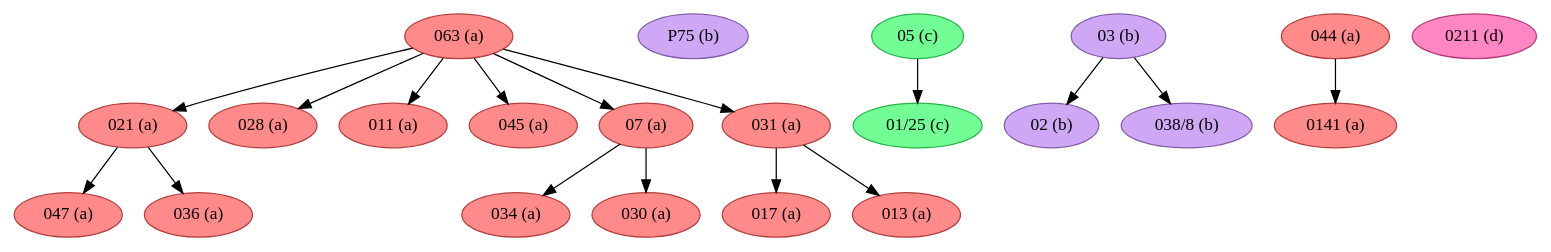
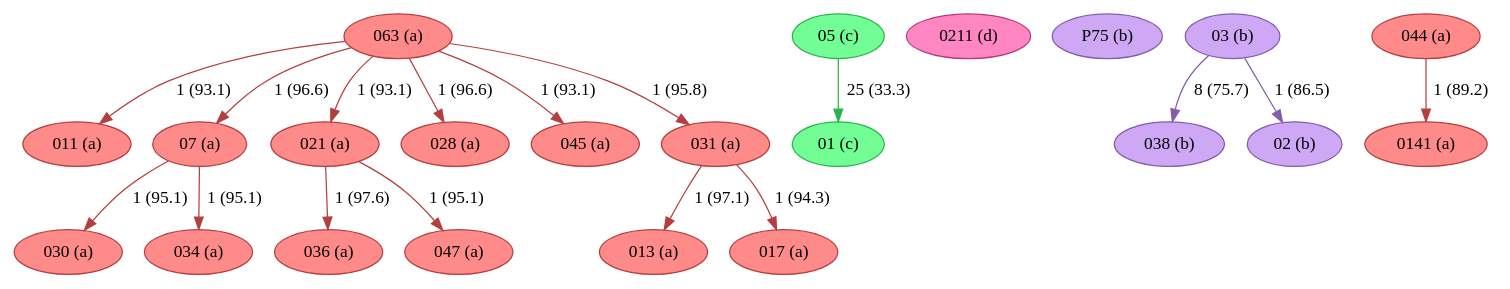
Before and after one commit to edmondac/CBGM: the diagram in example/c499/textual_flow_22_20_c499.dot, drawn with Graphviz. The commit also changed 163 other files, not shown here.

Commit message:
Updated diagrams with new code

```diff
--- a/example/c499/textual_flow_22_20_c499.dot
+++ b/example/c499/textual_flow_22_20_c499.dot
@@ -1,40 +1,40 @@
 strict digraph G {
+"013 (a)" [fillcolor="#FF8A8A", color="#b43f3f", style=filled];
+"011 (a)" [fillcolor="#FF8A8A", color="#b43f3f", style=filled];
+"017 (a)" [fillcolor="#FF8A8A", color="#b43f3f", style=filled];
+"07 (a)" [fillcolor="#FF8A8A", color="#b43f3f", style=filled];
+"030 (a)" [fillcolor="#FF8A8A", color="#b43f3f", style=filled];
+"05 (c)" [fillcolor="#72FE95", color="#27b34a", style=filled];
+"021 (a)" [fillcolor="#FF8A8A", color="#b43f3f", style=filled];
+"028 (a)" [fillcolor="#FF8A8A", color="#b43f3f", style=filled];
+"0211 (d)" [fillcolor="#FF86C2", color="#b43b77", style=filled];
+"036 (a)" [fillcolor="#FF8A8A", color="#b43f3f", style=filled];
+"P75 (b)" [fillcolor="#CEA8F4", color="#835da9", style=filled];
+"045 (a)" [fillcolor="#FF8A8A", color="#b43f3f", style=filled];
+"038 (b)" [fillcolor="#CEA8F4", color="#835da9", style=filled];
+"03 (b)" [fillcolor="#CEA8F4", color="#835da9", style=filled];
+"034 (a)" [fillcolor="#FF8A8A", color="#b43f3f", style=filled];
+"0141 (a)" [fillcolor="#FF8A8A", color="#b43f3f", style=filled];
+"047 (a)" [fillcolor="#FF8A8A", color="#b43f3f", style=filled];
+"02 (b)" [fillcolor="#CEA8F4", color="#835da9", style=filled];
+"044 (a)" [fillcolor="#FF8A8A", color="#b43f3f", style=filled];
+"01 (c)" [fillcolor="#72FE95", color="#27b34a", style=filled];
 "063 (a)" [fillcolor="#FF8A8A", color="#b43f3f", style=filled];
-"021 (a)" [fillcolor="#FF8A8A", color="#b43f3f", style=filled];
-"P75 (b)" [fillcolor="#CEA8F4", color="#835da9", style=filled];
-"028 (a)" [fillcolor="#FF8A8A", color="#b43f3f", style=filled];
-"047 (a)" [fillcolor="#FF8A8A", color="#b43f3f", style=filled];
-"05 (c)" [fillcolor="#72FE95", color="#27b34a", style=filled];
-"034 (a)" [fillcolor="#FF8A8A", color="#b43f3f", style=filled];
-"036 (a)" [fillcolor="#FF8A8A", color="#b43f3f", style=filled];
-"017 (a)" [fillcolor="#FF8A8A", color="#b43f3f", style=filled];
-"011 (a)" [fillcolor="#FF8A8A", color="#b43f3f", style=filled];
-"045 (a)" [fillcolor="#FF8A8A", color="#b43f3f", style=filled];
-"02 (b)" [fillcolor="#CEA8F4", color="#835da9", style=filled];
-"07 (a)" [fillcolor="#FF8A8A", color="#b43f3f", style=filled];
-"013 (a)" [fillcolor="#FF8A8A", color="#b43f3f", style=filled];
-"030 (a)" [fillcolor="#FF8A8A", color="#b43f3f", style=filled];
-"038/8 (b)" [fillcolor="#CEA8F4", color="#835da9", style=filled];
-"044 (a)" [fillcolor="#FF8A8A", color="#b43f3f", style=filled];
-"0141 (a)" [fillcolor="#FF8A8A", color="#b43f3f", style=filled];
 "031 (a)" [fillcolor="#FF8A8A", color="#b43f3f", style=filled];
-"01/25 (c)" [fillcolor="#72FE95", color="#27b34a", style=filled];
-"0211 (d)" [fillcolor="#FF86C2", color="#b43b77", style=filled];
-"03 (b)" [fillcolor="#CEA8F4", color="#835da9", style=filled];
-"063 (a)" -> "028 (a)";
-"063 (a)" -> "031 (a)";
-"063 (a)" -> "07 (a)";
-"063 (a)" -> "021 (a)";
-"063 (a)" -> "011 (a)";
-"063 (a)" -> "045 (a)";
-"021 (a)" -> "036 (a)";
-"021 (a)" -> "047 (a)";
-"05 (c)" -> "01/25 (c)";
-"07 (a)" -> "030 (a)";
-"07 (a)" -> "034 (a)";
-"044 (a)" -> "0141 (a)";
-"031 (a)" -> "017 (a)";
-"031 (a)" -> "013 (a)";
-"03 (b)" -> "038/8 (b)";
-"03 (b)" -> "02 (b)";
+"07 (a)" -> "030 (a)"  [color="#b43f3f", label="1 (95.1)"];
+"07 (a)" -> "034 (a)"  [color="#b43f3f", label="1 (95.1)"];
+"05 (c)" -> "01 (c)"  [color="#27b34a", label="25 (33.3)"];
+"021 (a)" -> "036 (a)"  [color="#b43f3f", label="1 (97.6)"];
+"021 (a)" -> "047 (a)"  [color="#b43f3f", label="1 (95.1)"];
+"03 (b)" -> "038 (b)"  [color="#835da9", label="8 (75.7)"];
+"03 (b)" -> "02 (b)"  [color="#835da9", label="1 (86.5)"];
+"044 (a)" -> "0141 (a)"  [color="#b43f3f", label="1 (89.2)"];
+"063 (a)" -> "045 (a)"  [color="#b43f3f", label="1 (93.1)"];
+"063 (a)" -> "028 (a)"  [color="#b43f3f", label="1 (96.6)"];
+"063 (a)" -> "011 (a)"  [color="#b43f3f", label="1 (93.1)"];
+"063 (a)" -> "07 (a)"  [color="#b43f3f", label="1 (96.6)"];
+"063 (a)" -> "021 (a)"  [color="#b43f3f", label="1 (93.1)"];
+"063 (a)" -> "031 (a)"  [color="#b43f3f", label="1 (95.8)"];
+"031 (a)" -> "013 (a)"  [color="#b43f3f", label="1 (97.1)"];
+"031 (a)" -> "017 (a)"  [color="#b43f3f", label="1 (94.3)"];
 }
```
